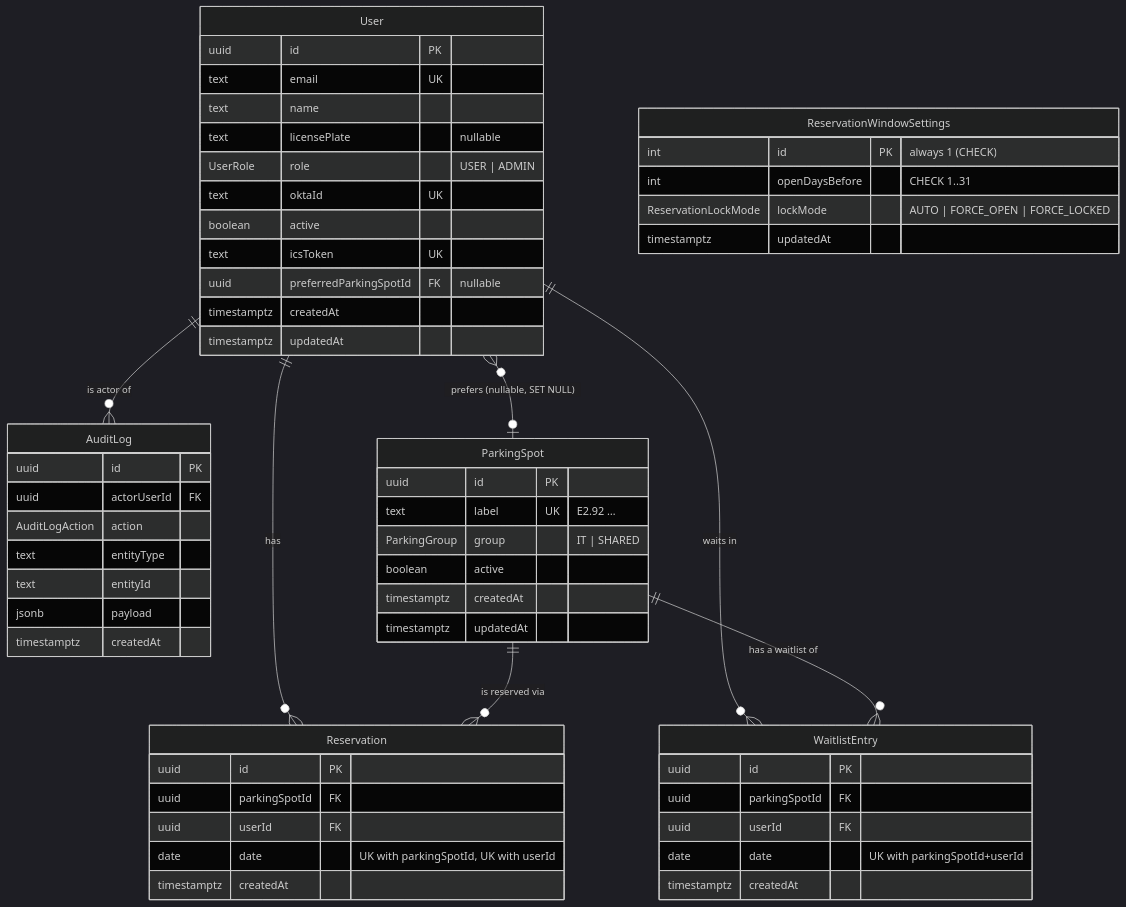
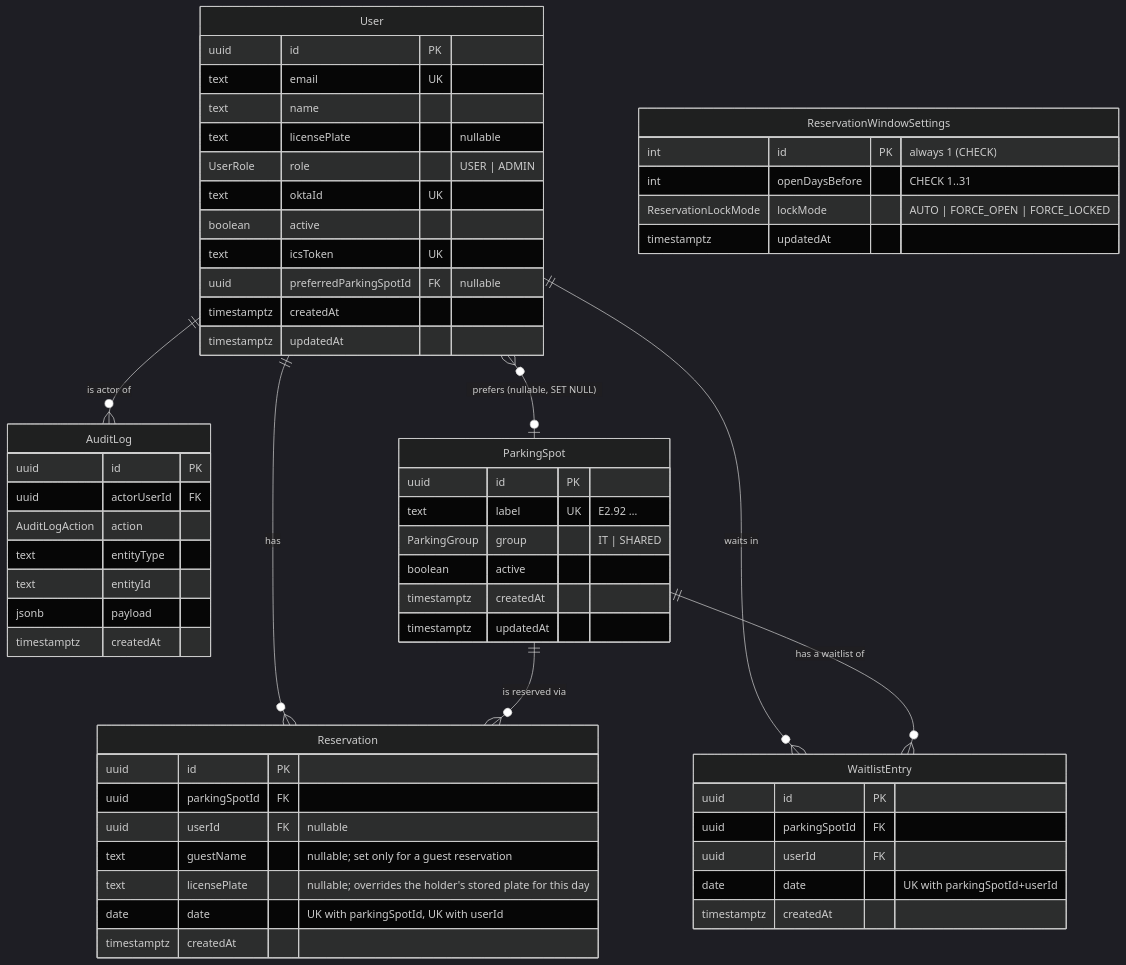
The diagram in doc/database.md (ZibbyKarel/lets-park), drawn with Mermaid (dark theme) before and after one commit. The commit also changed other lines of this file and 3 other files, not shown here.

````diff
--- a/doc/database.md
+++ b/doc/database.md
@@ -37,65 +37,67 @@
 ```mermaid
 erDiagram
     User ||--o{ Reservation : "has"
     User ||--o{ WaitlistEntry : "waits in"
     User ||--o{ AuditLog : "is actor of"
     User }o--o| ParkingSpot : "prefers (nullable, SET NULL)"
     ParkingSpot ||--o{ Reservation : "is reserved via"
     ParkingSpot ||--o{ WaitlistEntry : "has a waitlist of"
 
     User {
         uuid id PK
         text email UK
         text name
         text licensePlate "nullable"
         UserRole role "USER | ADMIN"
         text oktaId UK
         boolean active
         text icsToken UK
         uuid preferredParkingSpotId FK "nullable"
         timestamptz createdAt
         timestamptz updatedAt
     }
 
     ParkingSpot {
         uuid id PK
         text label UK "E2.92 …"
         ParkingGroup group "IT | SHARED"
         boolean active
         timestamptz createdAt
         timestamptz updatedAt
     }
 
     Reservation {
         uuid id PK
         uuid parkingSpotId FK
-        uuid userId FK
+        uuid userId FK "nullable"
+        text guestName "nullable; set only for a guest reservation"
+        text licensePlate "nullable; overrides the holder's stored plate for this day"
         date date "UK with parkingSpotId, UK with userId"
         timestamptz createdAt
     }
 
     WaitlistEntry {
         uuid id PK
         uuid parkingSpotId FK
         uuid userId FK
         date date "UK with parkingSpotId+userId"
         timestamptz createdAt
     }
 
     AuditLog {
         uuid id PK
         uuid actorUserId FK
         AuditLogAction action
         text entityType
         text entityId
         jsonb payload
         timestamptz createdAt
     }
 
     ReservationWindowSettings {
         int id PK "always 1 (CHECK)"
         int openDaysBefore "CHECK 1..31"
         ReservationLockMode lockMode "AUTO | FORCE_OPEN | FORCE_LOCKED"
         timestamptz updatedAt
     }
 ```
````
